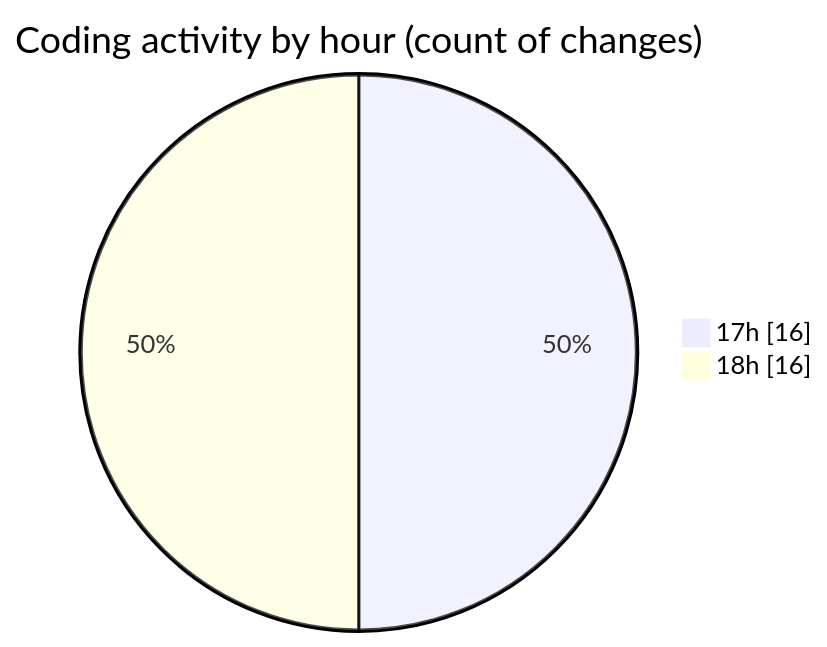
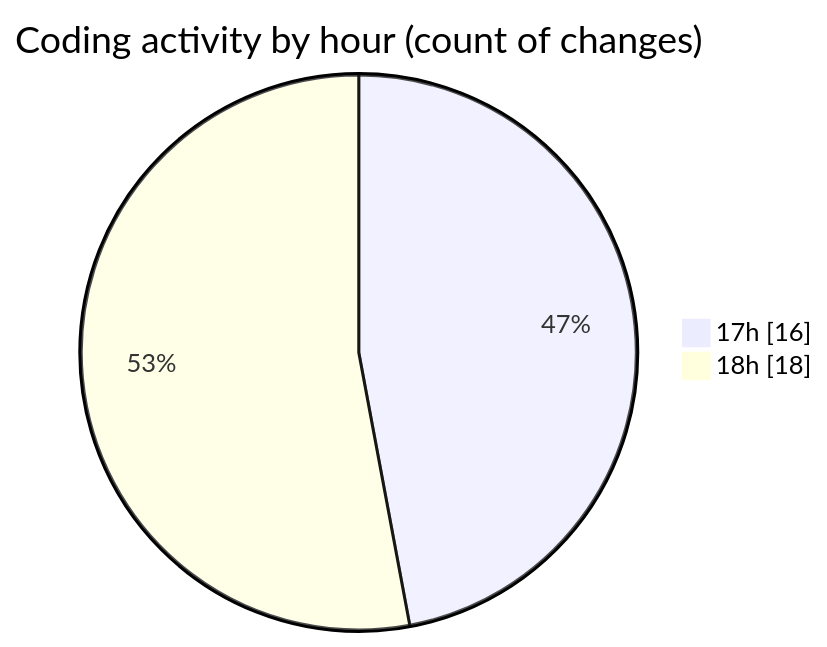
The second of 2 diagrams in 2025-02-28/audiobooks-web/README.md (robertbonfada/code-tracking), drawn with Mermaid before and after one commit. The commit also changed other lines of this file and 1 other file, not shown here.

````diff
--- a/2025-02-28/audiobooks-web/README.md
+++ b/2025-02-28/audiobooks-web/README.md
@@ -42,6 +42,6 @@
 ```mermaid
 pie showData
 title Coding activity by hour (count of changes)
 "17h" : 16
-"18h" : 16
+"18h" : 18
 ```
````
